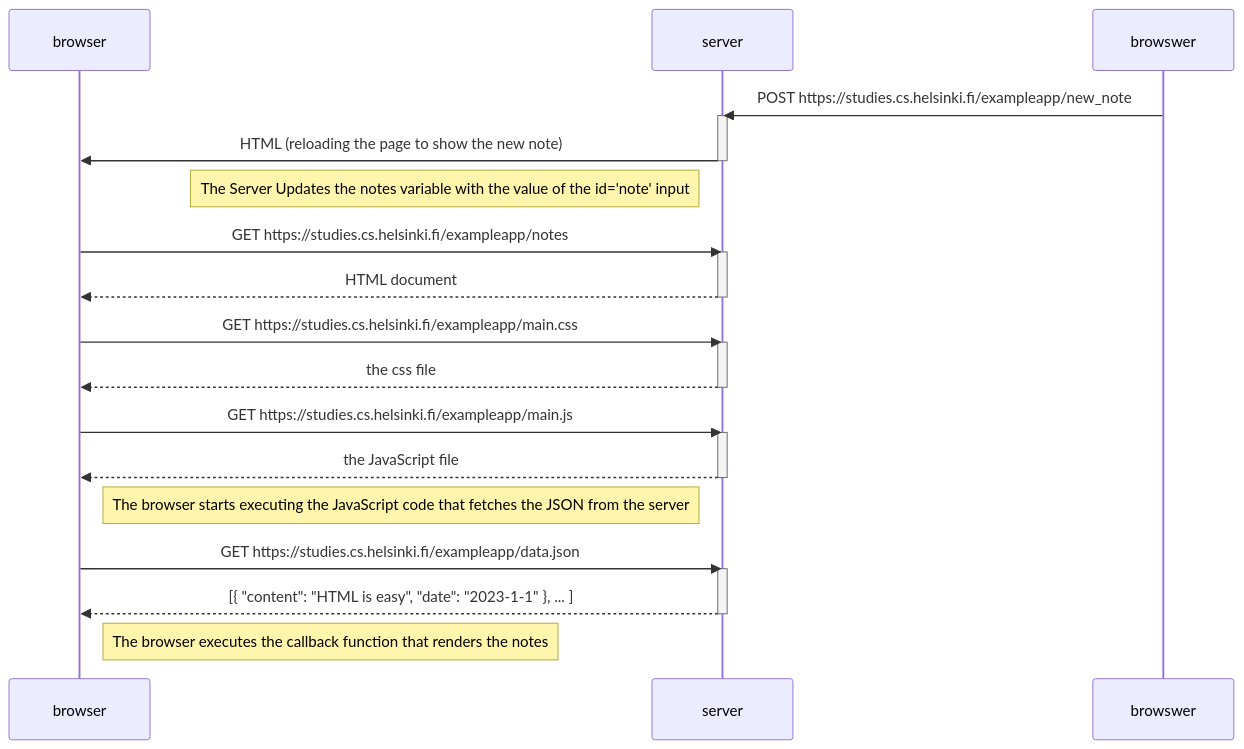
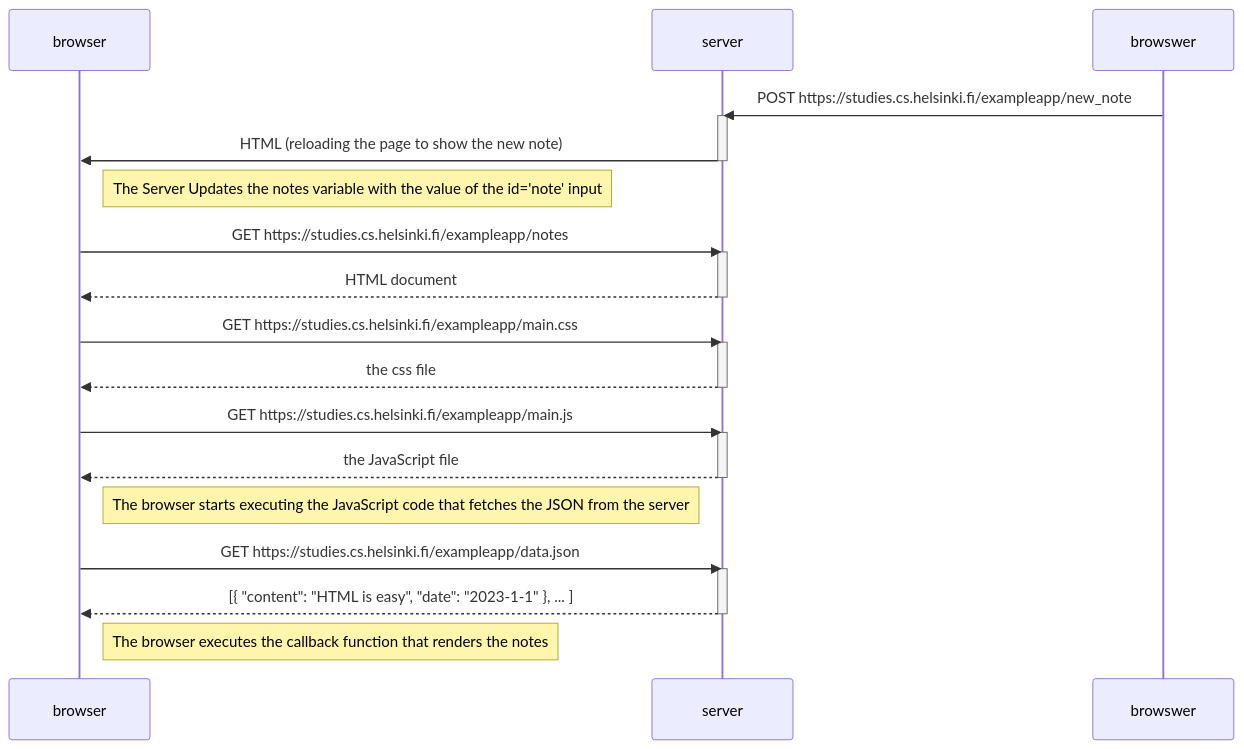
Before and after one commit to aeronjay/FSO-Submissions: the diagram in part0/0.4-NewNoteDiagram.md, drawn with Mermaid.

Commit message:
done 0.4

````diff
--- a/part0/0.4-NewNoteDiagram.md
+++ b/part0/0.4-NewNoteDiagram.md
@@ -1,37 +1,37 @@
 ```mermaid
 sequenceDiagram
     participant browser
     participant server
 
     browswer->>server: POST https://studies.cs.helsinki.fi/exampleapp/new_note
     activate server
     server->>browser: HTML (reloading the page to show the new note)
     deactivate server
 
-    Note left of server: The Server Updates the notes variable with the value of the id='note' input
+    Note right of browser: The Server Updates the notes variable with the value of the id='note' input
     
 
     browser->>server: GET https://studies.cs.helsinki.fi/exampleapp/notes
     activate server
     server-->>browser: HTML document
     deactivate server
 
     browser->>server: GET https://studies.cs.helsinki.fi/exampleapp/main.css
     activate server
     server-->>browser: the css file
     deactivate server
 
     browser->>server: GET https://studies.cs.helsinki.fi/exampleapp/main.js
     activate server
     server-->>browser: the JavaScript file
     deactivate server
 
     Note right of browser: The browser starts executing the JavaScript code that fetches the JSON from the server
 
     browser->>server: GET https://studies.cs.helsinki.fi/exampleapp/data.json
     activate server
     server-->>browser: [{ "content": "HTML is easy", "date": "2023-1-1" }, ... ]
     deactivate server
 
     Note right of browser: The browser executes the callback function that renders the notes
 ```
````
